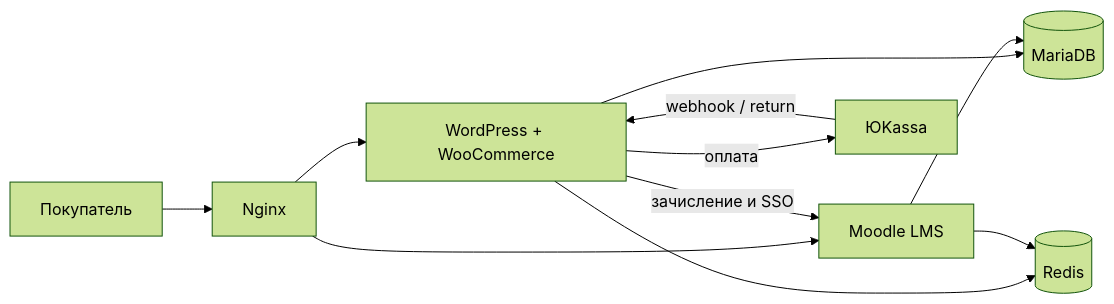
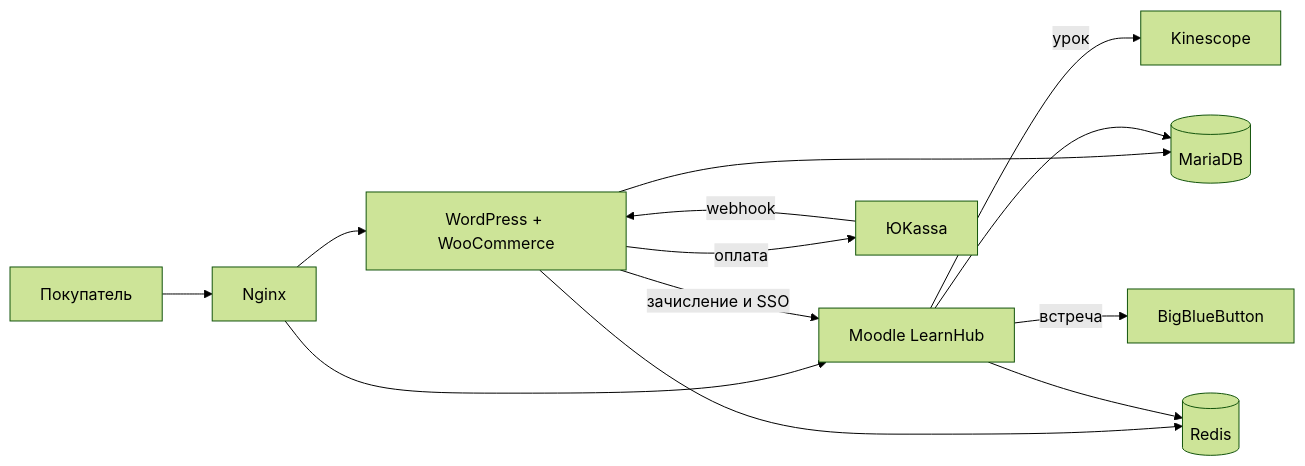
One commit to ruslanefanov66493-ui/acoedu changed the diagram in README.md. Above: the diagram before and after it, drawn with Mermaid (forest theme). The commit also changed other lines of this file and 67 other files, not shown here.

````diff
--- a/README.md
+++ b/README.md
@@ -50,13 +40,15 @@
 ```mermaid
 flowchart LR
   visitor[Покупатель] --> nginx[Nginx]
   nginx --> wp[WordPress + WooCommerce]
-  nginx --> mdl[Moodle LMS]
+  nginx --> mdl[Moodle LearnHub]
   wp -->|оплата| yk[ЮKassa]
-  yk -->|webhook / return| wp
+  yk -->|webhook| wp
   wp -->|зачисление и SSO| mdl
+  mdl -->|урок| kin[Kinescope]
+  mdl -->|встреча| bbb[BigBlueButton]
   wp --> db[(MariaDB)]
   mdl --> db
   wp --> redis[(Redis)]
   mdl --> redis
 ```
````
